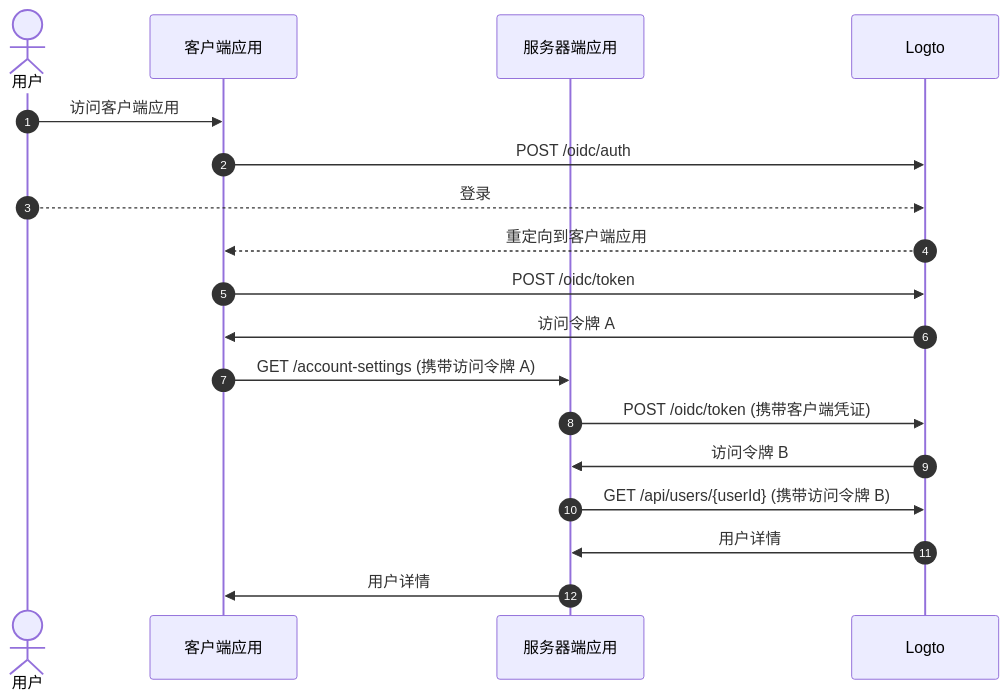
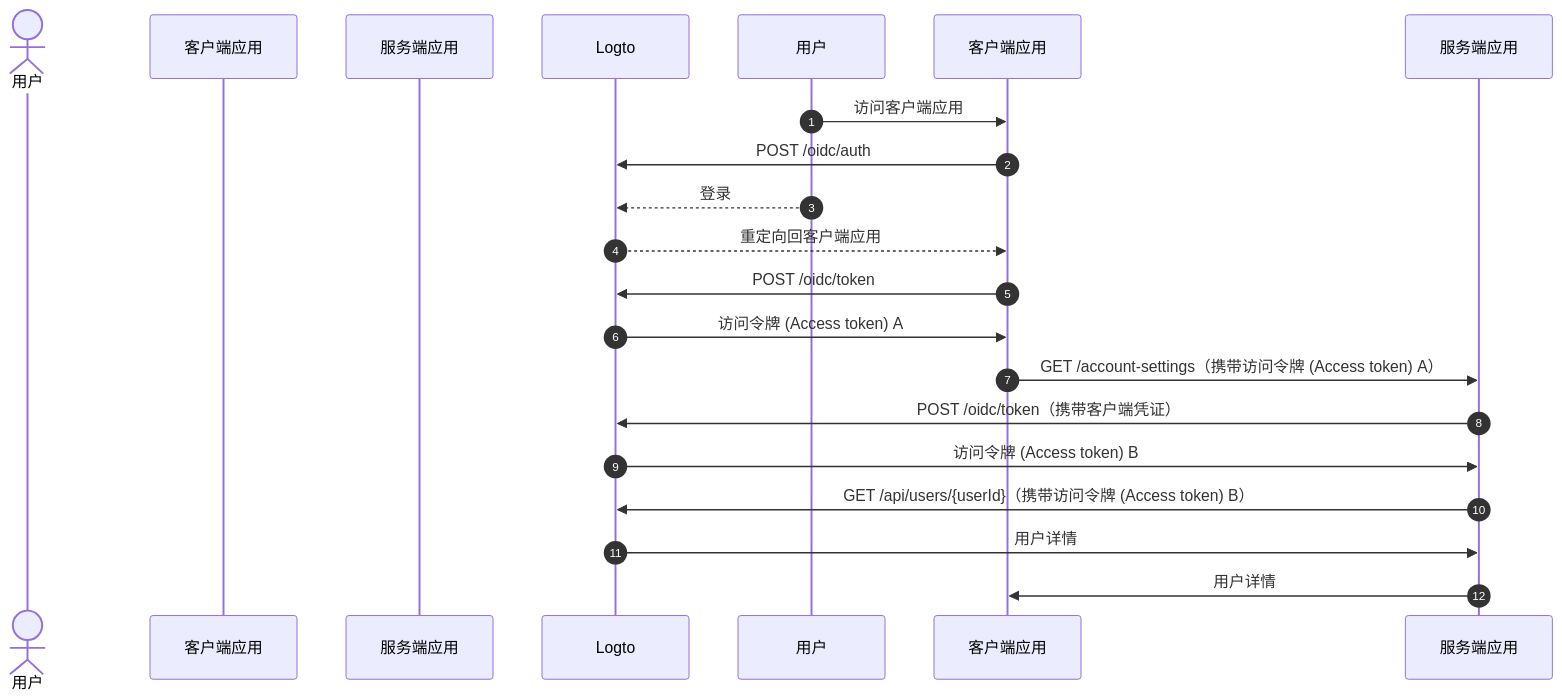
One commit to logto-io/docs changed the second of 3 diagrams in i18n/zh-CN/docusaurus-plugin-content-docs/current/end-user-flows/account-settings/by-management-api.mdx. Above: the diagram before and after it, drawn with Mermaid. The commit also changed other lines of this file and 162 other files, not shown here.

````diff
--- a/i18n/zh-CN/docusaurus-plugin-content-docs/current/end-user-flows/account-settings/by-management-api.mdx
+++ b/i18n/zh-CN/docusaurus-plugin-content-docs/current/end-user-flows/account-settings/by-management-api.mdx
@@ -27,21 +27,21 @@
 ```mermaid
   sequenceDiagram
     autonumber
     actor User as 用户
     participant Client as 客户端应用
-    participant Server as 服务器端应用
+    participant Server as 服务端应用
     participant Logto as Logto
 
-    User ->> Client: 访问客户端应用
-    Client ->> Logto: POST /oidc/auth
-    User -->> Logto: 登录
-    Logto -->> Client: 重定向到客户端应用
-    Client ->> Logto: POST /oidc/token
-    Logto ->> Client: 访问令牌 A
-    Client ->> Server: GET /account-settings (携带访问令牌 A)
-    Server ->> Logto: POST /oidc/token (携带客户端凭证)
-    Logto ->> Server: 访问令牌 B
-    Server ->> Logto: GET /api/users/{userId} (携带访问令牌 B)
-    Logto ->> Server: 用户详情
-    Server ->> Client: 用户详情
+    用户 ->> 客户端应用: 访问客户端应用
+    客户端应用 ->> Logto: POST /oidc/auth
+    用户 -->> Logto: 登录
+    Logto -->> 客户端应用: 重定向回客户端应用
+    客户端应用 ->> Logto: POST /oidc/token
+    Logto ->> 客户端应用: 访问令牌 (Access token) A
+    客户端应用 ->> 服务端应用: GET /account-settings（携带访问令牌 (Access token) A）
+    服务端应用 ->> Logto: POST /oidc/token（携带客户端凭证）
+    Logto ->> 服务端应用: 访问令牌 (Access token) B
+    服务端应用 ->> Logto: GET /api/users/{userId}（携带访问令牌 (Access token) B）
+    Logto ->> 服务端应用: 用户详情
+    服务端应用 ->> 客户端应用: 用户详情
 ```
````
